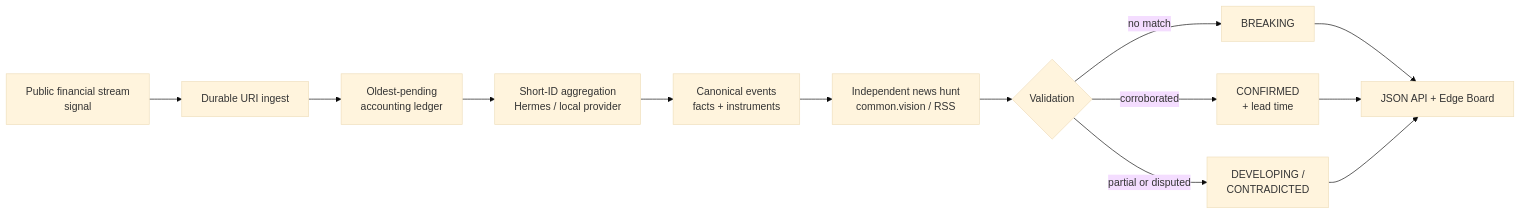
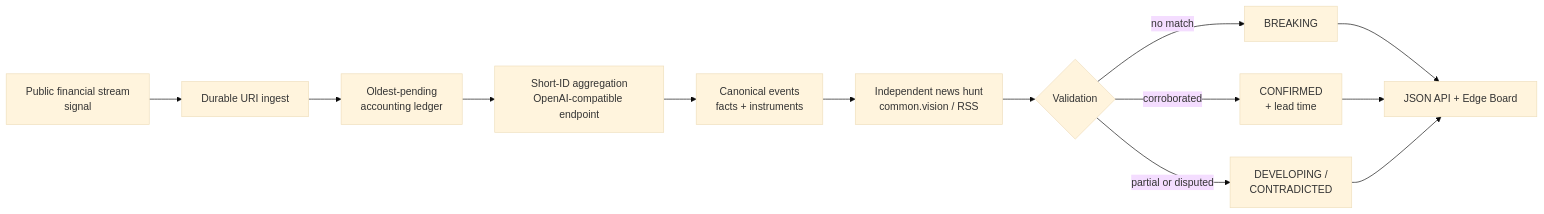
One commit to msitarzewski/fintick changed the diagram in README.md. Above: the diagram before and after it, drawn with Mermaid (base theme). The commit also changed other lines of this file and 8 other files, not shown here.

First line of the commit message:
Untether inference: config-driven OpenAI-compatible client (no Hermes dep) (#1)

````diff
--- a/README.md
+++ b/README.md
@@ -96,15 +96,15 @@
 ```mermaid
 flowchart LR
     A["Public financial stream<br/>signal"] --> B["Durable URI ingest"]
     B --> C["Oldest-pending<br/>accounting ledger"]
-    C --> D["Short-ID aggregation<br/>Hermes / local provider"]
+    C --> D["Short-ID aggregation<br/>OpenAI-compatible endpoint"]
     D --> E["Canonical events<br/>facts + instruments"]
     E --> F["Independent news hunt<br/>common.vision / RSS"]
     F --> G{"Validation"}
     G -->|no match| H["BREAKING"]
     G -->|corroborated| I["CONFIRMED<br/>+ lead time"]
     G -->|partial or disputed| J["DEVELOPING /<br/>CONTRADICTED"]
     H --> K["JSON API + Edge Board"]
     I --> K
     J --> K
 ```
````
